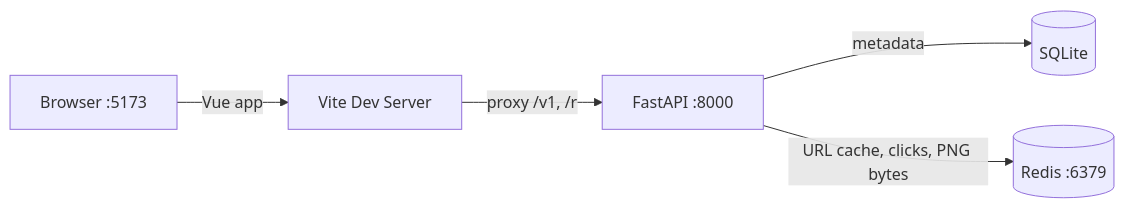
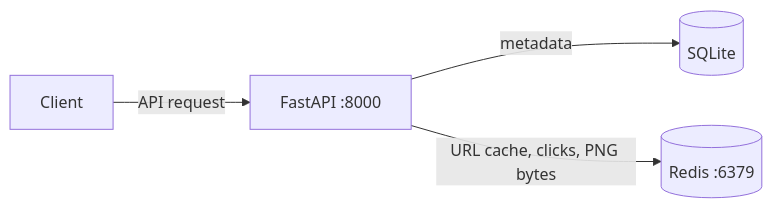
Before and after one commit to HarryYehhhh/qr-code-generator: the first of 2 diagrams in README.md, drawn with Mermaid. The commit also changed other lines of this file and 30 other files, not shown here.

````diff
--- a/README.md
+++ b/README.md
@@ -25,13 +21,11 @@
 ```mermaid
 graph LR
-    Browser[Browser :5173]
-    Vite[Vite Dev Server]
+    Client[Client]
     API[FastAPI :8000]
     DB[(SQLite)]
     Redis[(Redis :6379)]
 
-    Browser -->|Vue app| Vite
-    Vite -->|proxy /v1, /r| API
+    Client -->|API request| API
     API -->|metadata| DB
     API -->|URL cache, clicks, PNG bytes| Redis
 ```
````
